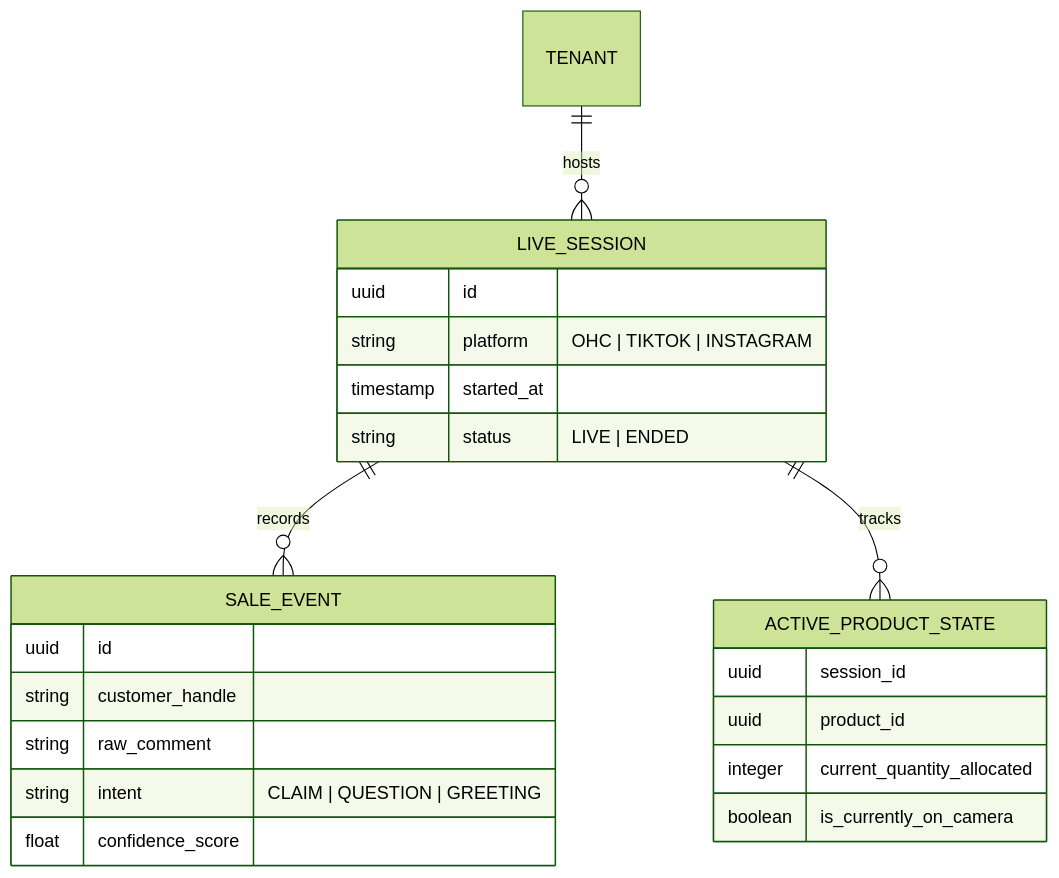
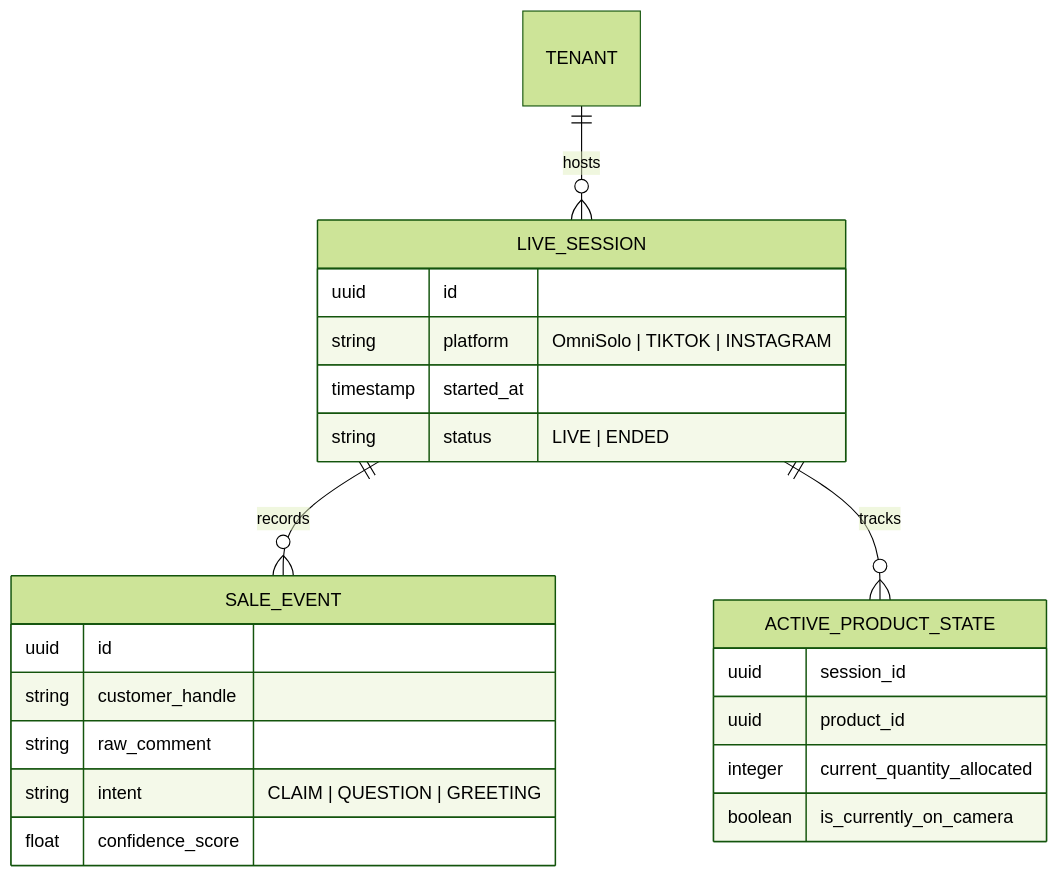
One commit to omnisolo-llc/onehumancorp changed the second of 2 diagrams in docs/research/[architecture]_autonomous_live_stream_commerce_engine.md. Above: the diagram before and after it, drawn with Mermaid (forest theme). The commit also changed other lines of this file and 2191 other files, not shown here.

Commit message:
feat: complete OmniSolo rename and browser audit

````diff
--- a/docs/research/[architecture]_autonomous_live_stream_commerce_engine.md
+++ b/docs/research/[architecture]_autonomous_live_stream_commerce_engine.md
@@ -48,28 +48,28 @@
 ```mermaid
 erDiagram
     LIVE_SESSION ||--o{ SALE_EVENT : records
     LIVE_SESSION ||--o{ ACTIVE_PRODUCT_STATE : tracks
     TENANT ||--o{ LIVE_SESSION : hosts
 
     LIVE_SESSION {
         uuid id
-        string platform "OHC | TIKTOK | INSTAGRAM"
+        string platform "OmniSolo | TIKTOK | INSTAGRAM"
         timestamp started_at
         string status "LIVE | ENDED"
     }
 
     ACTIVE_PRODUCT_STATE {
         uuid session_id
         uuid product_id
         integer current_quantity_allocated
         boolean is_currently_on_camera
     }
 
     SALE_EVENT {
         uuid id
         string customer_handle
         string raw_comment
         string intent "CLAIM | QUESTION | GREETING"
         float confidence_score
     }
 ```
````
